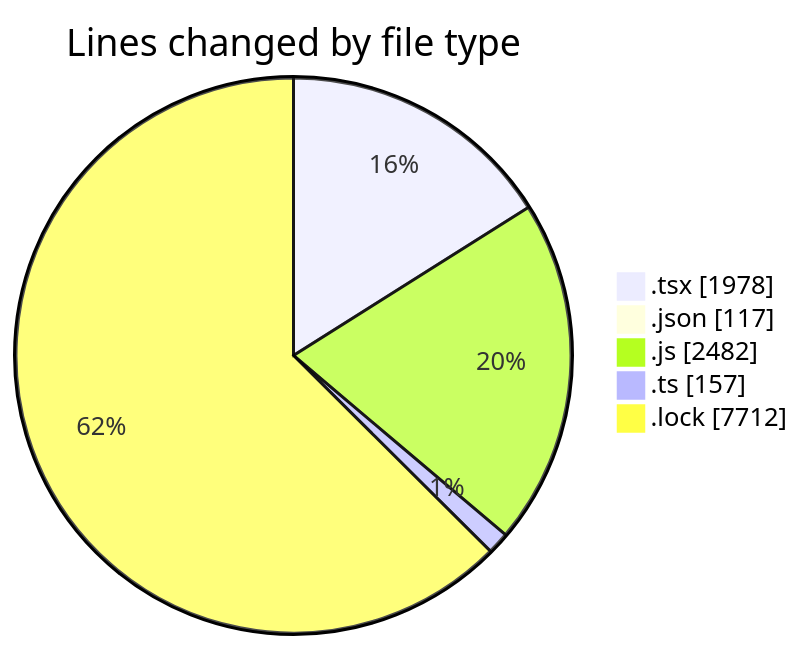
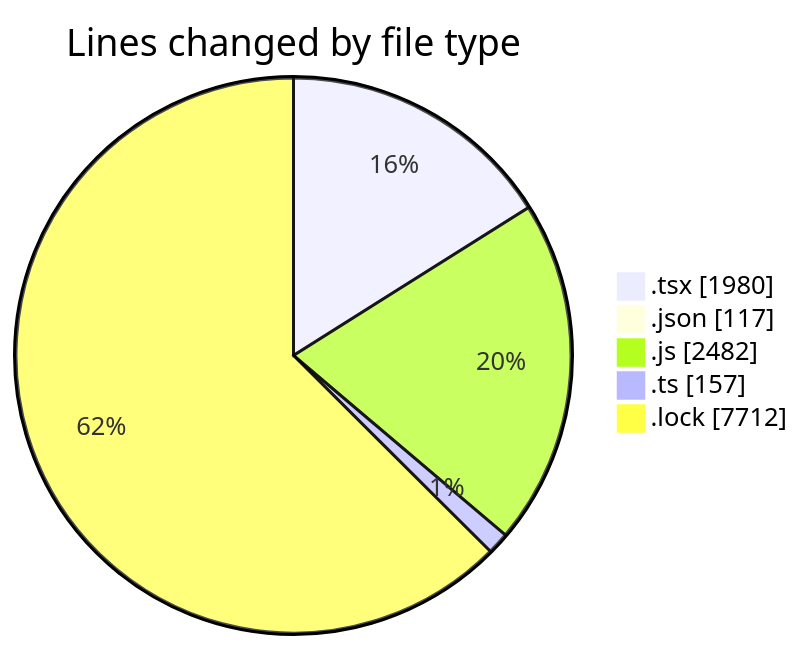
The first of 2 diagrams in 2025-04-28/cda/README.md (momahboobian/code-tracking), drawn with Mermaid before and after one commit. The commit also changed other lines of this file and 1 other file, not shown here.

````diff
--- a/2025-04-28/cda/README.md
+++ b/2025-04-28/cda/README.md
@@ -34,9 +34,9 @@
 ```mermaid
 pie showData
 title Lines changed by file type
-".tsx" : 1978
+".tsx" : 1980
 ".json" : 117
 ".js" : 2482
 ".ts" : 157
 ".lock" : 7712
 ```
````
